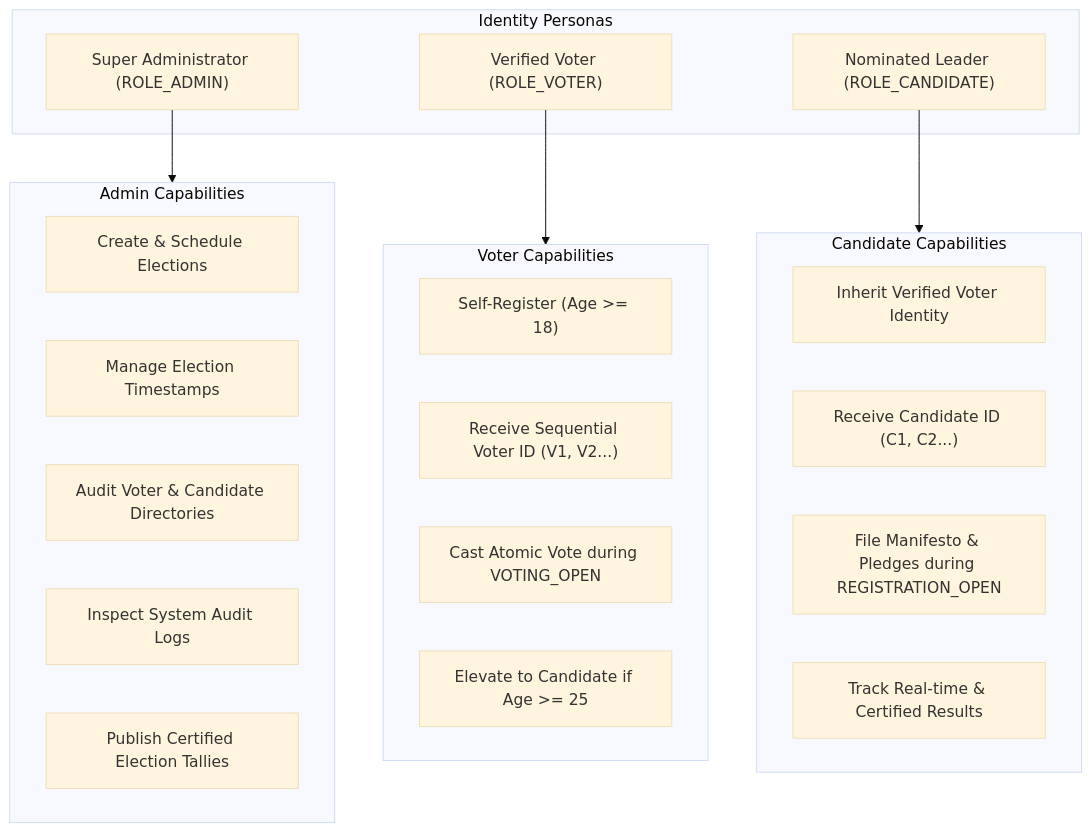
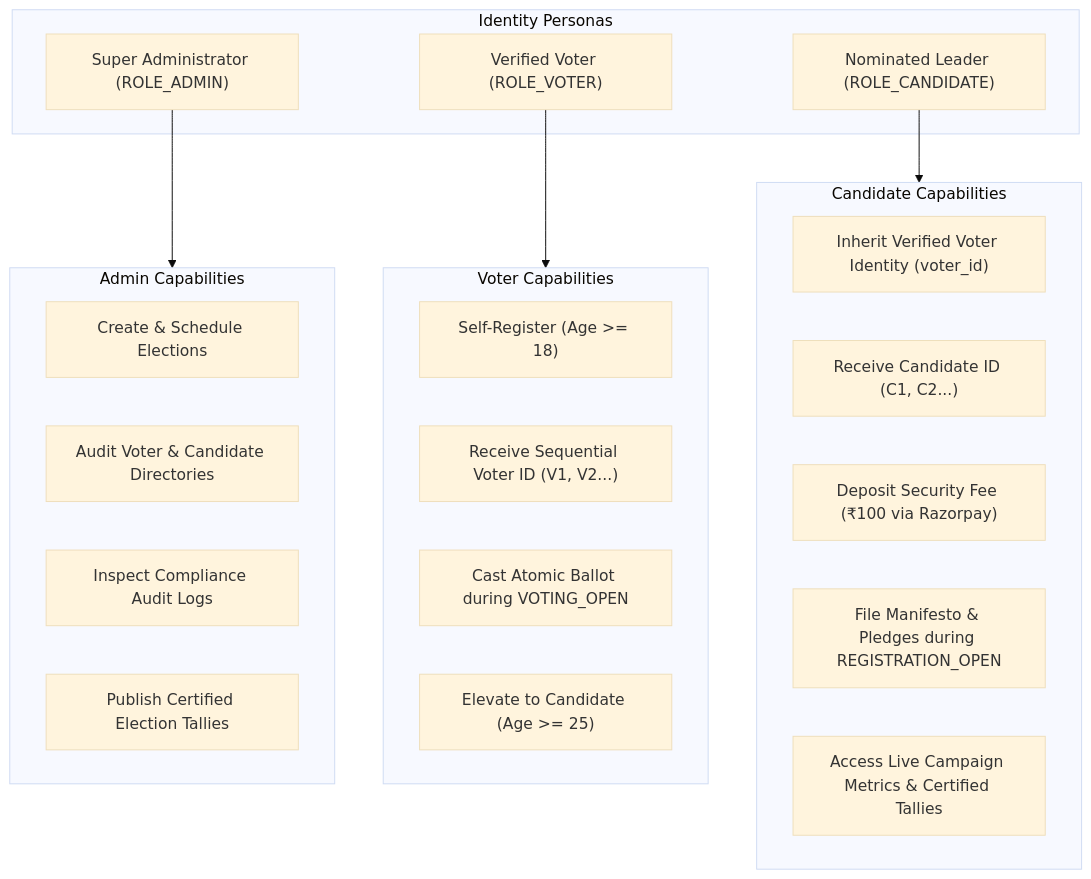
The first of 5 diagrams in PROJECT_DETAILS.md (chintadavasudharini/OnlineVotingSystem), drawn with Mermaid (base theme) before and after one commit. The commit also changed other lines of this file and 2 other files, not shown here.

````diff
--- a/PROJECT_DETAILS.md
+++ b/PROJECT_DETAILS.md
@@ -144,34 +149,34 @@
 ```mermaid
 flowchart TD
     subgraph Personas ["Identity Personas"]
         Admin["Super Administrator (ROLE_ADMIN)"]
         Voter["Verified Voter (ROLE_VOTER)"]
         Candidate["Nominated Leader (ROLE_CANDIDATE)"]
     end
 
     subgraph AdminCap ["Admin Capabilities"]
         A1["Create & Schedule Elections"]
-        A2["Manage Election Timestamps"]
-        A3["Audit Voter & Candidate Directories"]
-        A4["Inspect System Audit Logs"]
-        A5["Publish Certified Election Tallies"]
+        A2["Audit Voter & Candidate Directories"]
+        A3["Inspect Compliance Audit Logs"]
+        A4["Publish Certified Election Tallies"]
     end
 
     subgraph VoterCap ["Voter Capabilities"]
         V1["Self-Register (Age >= 18)"]
         V2["Receive Sequential Voter ID (V1, V2...)"]
-        V3["Cast Atomic Vote during VOTING_OPEN"]
-        V4["Elevate to Candidate if Age >= 25"]
+        V3["Cast Atomic Ballot during VOTING_OPEN"]
+        V4["Elevate to Candidate (Age >= 25)"]
     end
 
     subgraph CandidateCap ["Candidate Capabilities"]
-        C1["Inherit Verified Voter Identity"]
+        C1["Inherit Verified Voter Identity (voter_id)"]
         C2["Receive Candidate ID (C1, C2...)"]
-        C3["File Manifesto & Pledges during REGISTRATION_OPEN"]
-        C4["Track Real-time & Certified Results"]
+        C3["Deposit Security Fee (₹100 via Razorpay)"]
+        C4["File Manifesto & Pledges during REGISTRATION_OPEN"]
+        C5["Access Live Campaign Metrics & Certified Tallies"]
     end
 
     Admin --> AdminCap
     Voter --> VoterCap
     Candidate --> CandidateCap
 ```
````
